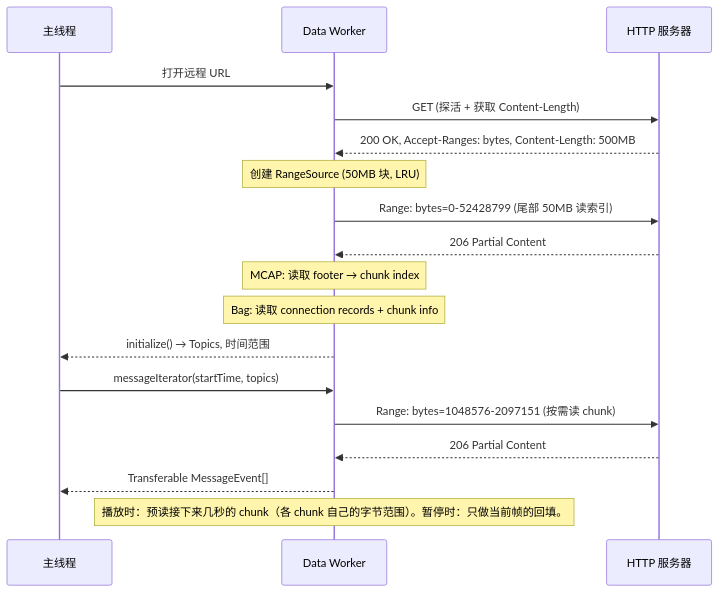
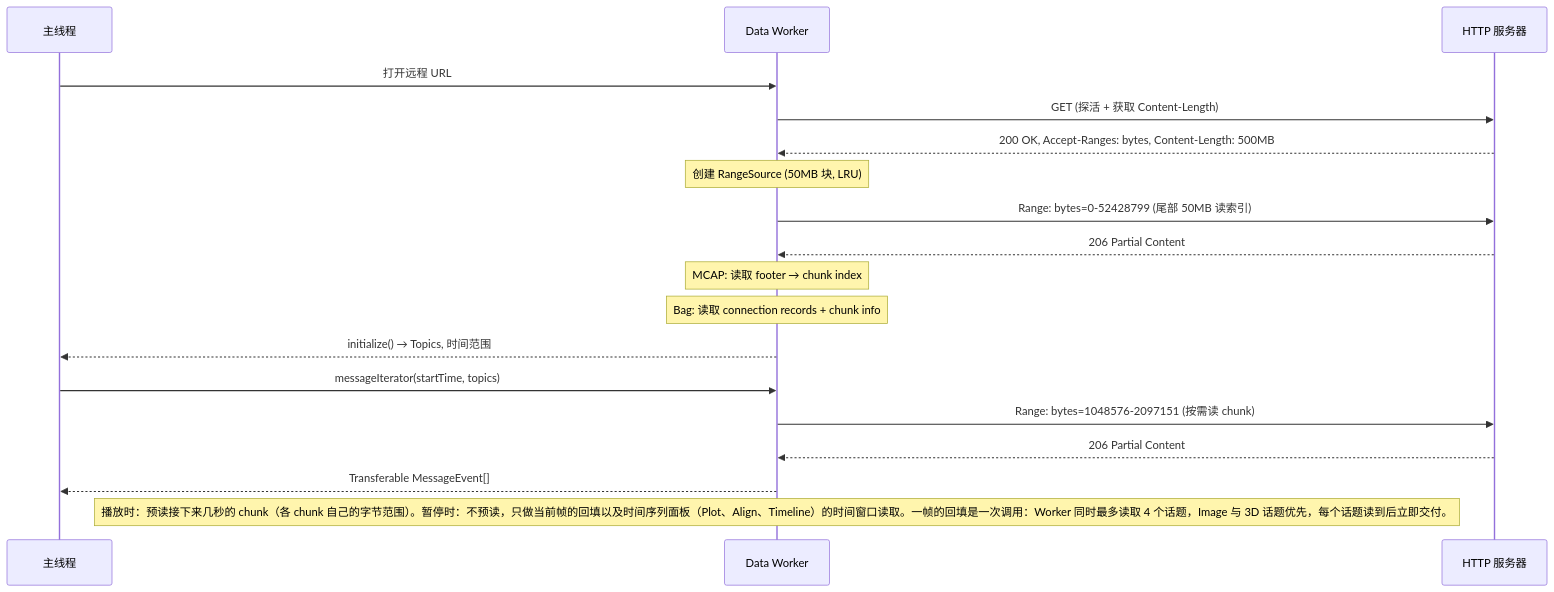
The third of 3 diagrams in docs/ARCHITECTURE.zh.md (ioai-tech/rosview), drawn with Mermaid before and after one commit. The commit also changed 15 other files, not shown here.

````diff
--- a/docs/ARCHITECTURE.zh.md
+++ b/docs/ARCHITECTURE.zh.md
@@ -508,26 +508,26 @@
 ```mermaid
 sequenceDiagram
     participant App as 主线程
     participant Worker as Data Worker
     participant Server as HTTP 服务器
 
     App->>Worker: 打开远程 URL
     Worker->>Server: GET (探活 + 获取 Content-Length)
     Server-->>Worker: 200 OK, Accept-Ranges: bytes, Content-Length: 500MB
 
     Note over Worker: 创建 RangeSource (50MB 块, LRU)
 
     Worker->>Server: Range: bytes=0-52428799 (尾部 50MB 读索引)
     Server-->>Worker: 206 Partial Content
     Note over Worker: MCAP: 读取 footer → chunk index
     Note over Worker: Bag: 读取 connection records + chunk info
 
     Worker-->>App: initialize() → Topics, 时间范围
 
     App->>Worker: messageIterator(startTime, topics)
     Worker->>Server: Range: bytes=1048576-2097151 (按需读 chunk)
     Server-->>Worker: 206 Partial Content
     Worker-->>App: Transferable MessageEvent[]
 
-    Note over Worker: 播放时：预读接下来几秒的 chunk（各 chunk 自己的字节范围）。暂停时：只做当前帧的回填。
+    Note over Worker: 播放时：预读接下来几秒的 chunk（各 chunk 自己的字节范围）。暂停时：不预读，只做当前帧的回填以及时间序列面板（Plot、Align、Timeline）的时间窗口读取。一帧的回填是一次调用：Worker 同时最多读取 4 个话题，Image 与 3D 话题优先，每个话题读到后立即交付。
 ```
````
